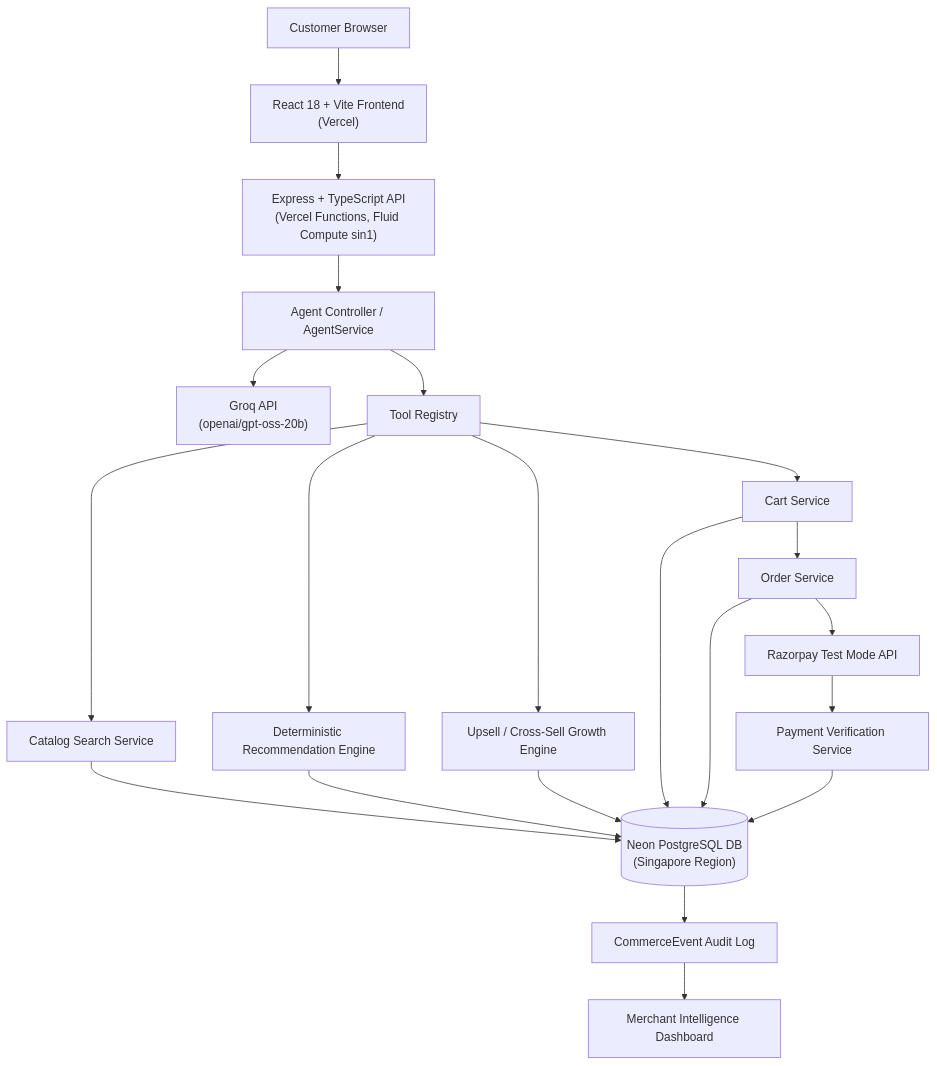
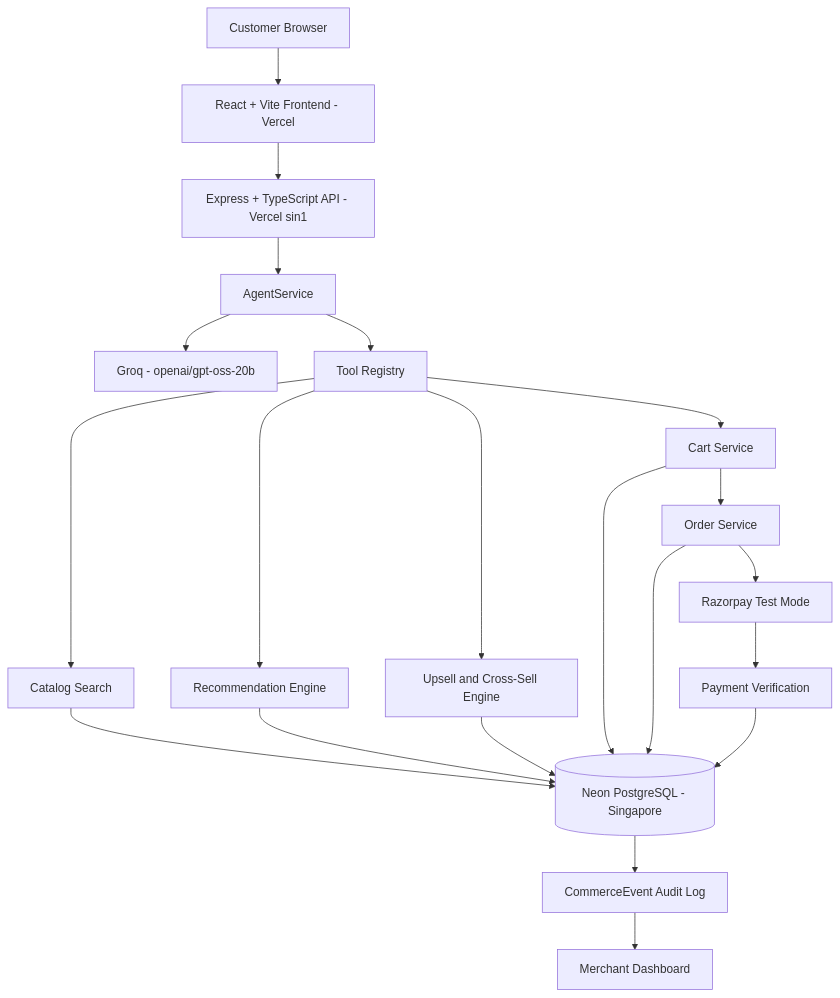
One commit to Raghuram1784/Mercora-AI changed the diagram in README.md. Above: the diagram before and after it, drawn with Mermaid. The commit also changed other lines of this file, not shown here.

Commit message:
Fix README Mermaid and workflow rendering

````diff
--- a/README.md
+++ b/README.md
@@ -84,28 +84,45 @@
 ```mermaid
 flowchart TD
-    U["Customer Browser"] --> F["React 18 + Vite Frontend<br/>(Vercel)"]
-    F --> API["Express + TypeScript API<br/>(Vercel Functions, Fluid Compute sin1)"]
+    U["Customer Browser"]
+    F["React + Vite Frontend - Vercel"]
+    API["Express + TypeScript API - Vercel sin1"]
+    AG["AgentService"]
+    G["Groq - openai/gpt-oss-20b"]
+    TR["Tool Registry"]
+    SEARCH["Catalog Search"]
+    REC["Recommendation Engine"]
+    GROWTH["Upsell and Cross-Sell Engine"]
+    CART["Cart Service"]
+    ORDER["Order Service"]
+    RP["Razorpay Test Mode"]
+    VERIFY["Payment Verification"]
+    DB[(Neon PostgreSQL - Singapore)]
+    EVENTS["CommerceEvent Audit Log"]
+    DASH["Merchant Dashboard"]
 
-    API --> AG["Agent Controller / AgentService"]
-    AG --> G["Groq API<br/>(openai/gpt-oss-20b)"]
-    AG --> TR["Tool Registry"]
+    U --> F
+    F --> API
 
-    TR --> SEARCH["Catalog Search Service"]
-    TR --> REC["Deterministic Recommendation Engine"]
-    TR --> GROWTH["Upsell / Cross-Sell Growth Engine"]
-    TR --> CART["Cart Service"]
+    API --> AG
+    AG --> G
+    AG --> TR
 
-    CART --> ORDER["Order Service"]
-    ORDER --> RP["Razorpay Test Mode API"]
-    RP --> VERIFY["Payment Verification Service"]
+    TR --> SEARCH
+    TR --> REC
+    TR --> GROWTH
+    TR --> CART
 
-    SEARCH --> DB[("Neon PostgreSQL DB<br/>(Singapore Region)")]
+    CART --> ORDER
+    ORDER --> RP
+    RP --> VERIFY
+
+    SEARCH --> DB
     REC --> DB
     GROWTH --> DB
     CART --> DB
     ORDER --> DB
     VERIFY --> DB
 
-    DB --> EVENTS["CommerceEvent Audit Log"]
-    EVENTS --> DASH["Merchant Intelligence Dashboard"]
+    DB --> EVENTS
+    EVENTS --> DASH
 ```
````
